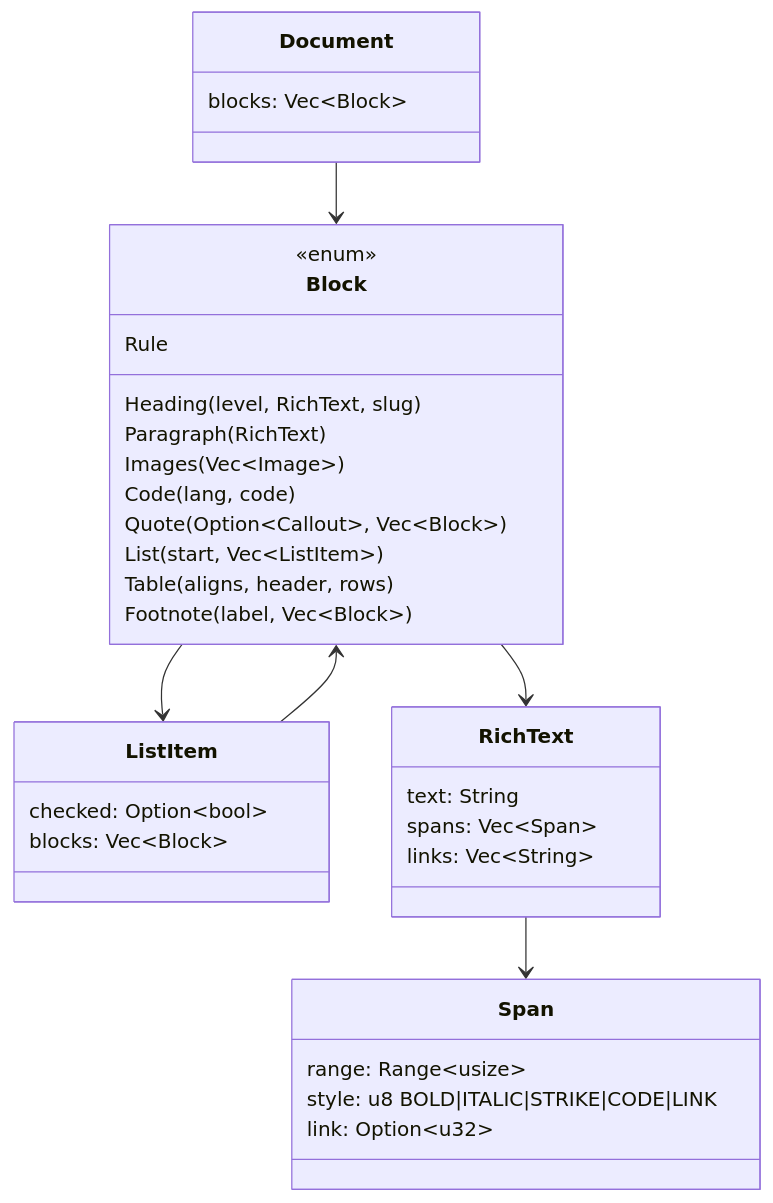
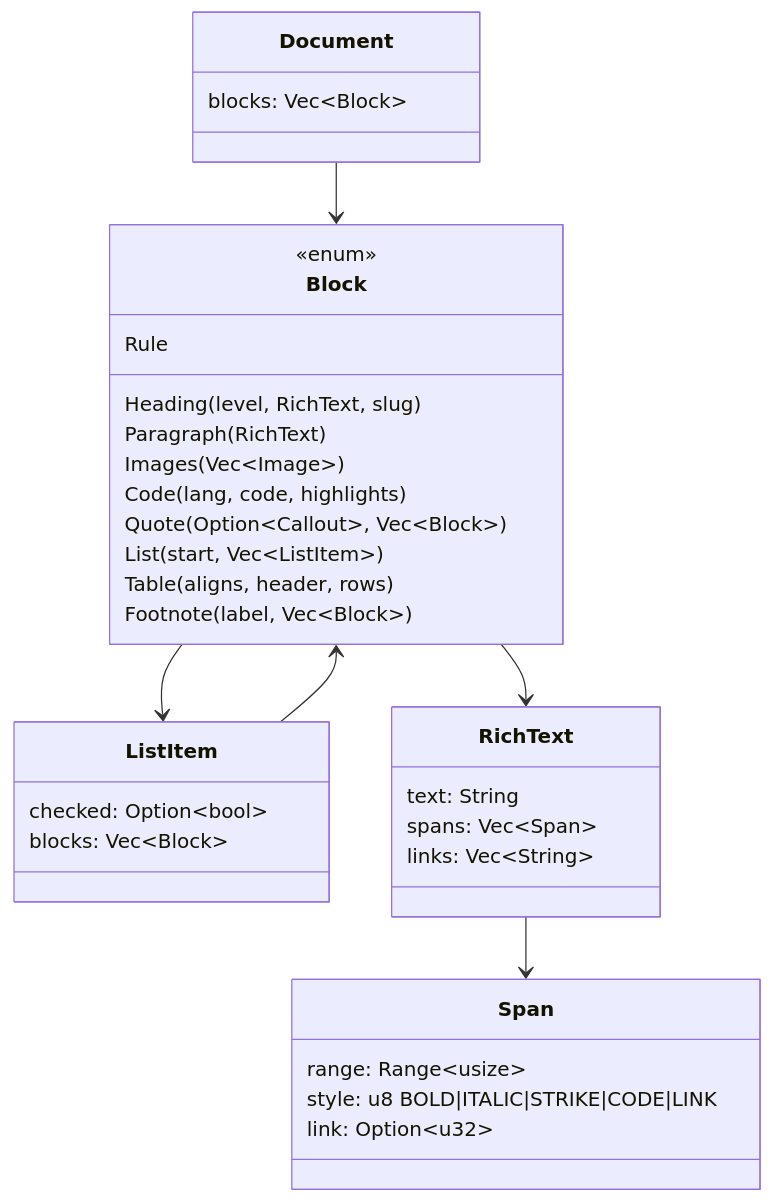
The second of 5 diagrams in docs/architecture.md (JorgeAgar/markdown-viewer-zed), drawn with Mermaid before and after one commit. The commit also changed other lines of this file and 9 other files, not shown here.

````diff
--- a/docs/architecture.md
+++ b/docs/architecture.md
@@ -58,37 +62,37 @@
 ```mermaid
 classDiagram
     class Document {
         blocks: Vec~Block~
     }
     class Block {
         <<enum>>
         Heading(level, RichText, slug)
         Paragraph(RichText)
         Images(Vec~Image~)
-        Code(lang, code)
+        Code(lang, code, highlights)
         Quote(Option~Callout~, Vec~Block~)
         List(start, Vec~ListItem~)
         Table(aligns, header, rows)
         Footnote(label, Vec~Block~)
         Rule
     }
     class ListItem {
         checked: Option~bool~
         blocks: Vec~Block~
     }
     class RichText {
         text: String
         spans: Vec~Span~
         links: Vec~String~
     }
     class Span {
         range: Range~usize~
         style: u8  BOLD|ITALIC|STRIKE|CODE|LINK
         link: Option~u32~
     }
     Document --> Block
     Block --> ListItem
     Block --> RichText
     ListItem --> Block
     RichText --> Span
 ```
````
